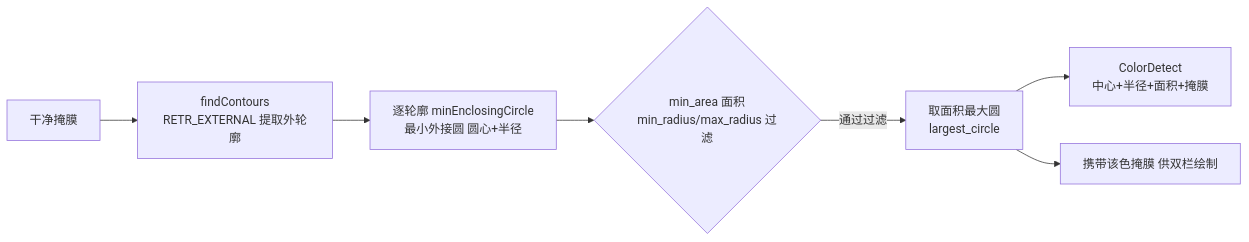
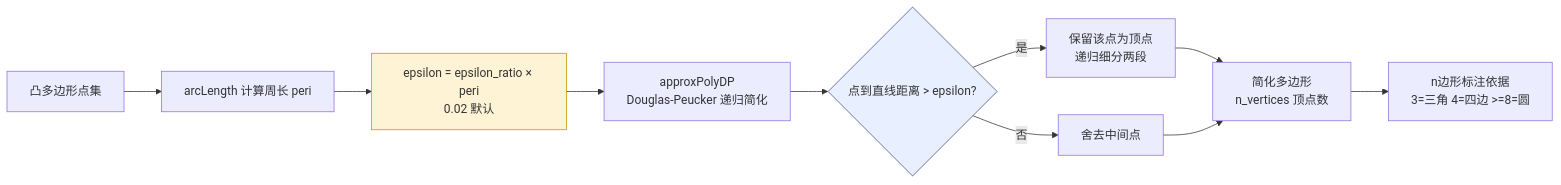
The fifth of 6 diagrams in courses/sheet1/robot_vision/_parts/experiment-3.md (aibittek/course_generate_agent), drawn with Mermaid before and after one commit. The commit also changed other lines of this file and 98 other files, not shown here.

````diff
--- a/courses/sheet1/robot_vision/_parts/experiment-3.md
+++ b/courses/sheet1/robot_vision/_parts/experiment-3.md
@@ -358,9 +368,15 @@
 ```mermaid
 flowchart LR
-    A[干净掩膜] --> B[findContours<br/>RETR_EXTERNAL 提取外轮廓]
-    B --> C[逐轮廓 minEnclosingCircle<br/>最小外接圆 圆心+半径]
-    C --> D{min_area 面积<br/>min_radius/max_radius 过滤}
-    D -->|通过过滤| E[取面积最大圆<br/>largest_circle]
-    E --> F[ColorDetect<br/>中心+半径+面积+掩膜]
-    E --> G[携带该色掩膜 供双栏绘制]
+    A[凸多边形点集] --> B["arcLength 计算周长 peri"]
+    B --> C["epsilon = epsilon_ratio × peri<br/>0.02 默认"]
+    C --> D["approxPolyDP<br/>Douglas-Peucker 递归简化"]
+    D --> E{"点到直线距离 > epsilon?"}
+    E -->|是| F[保留该点为顶点<br/>递归细分两段]
+    E -->|否| G[舍去中间点]
+    F --> H[简化多边形<br/>n_vertices 顶点数]
+    G --> H
+    H --> I["n边形标注依据<br/>3=三角 4=四边 >=8=圆"]
+
+    style C fill:#fff3d6,stroke:#b90,stroke-width:1px
+    style E fill:#e8f0ff,stroke:#448,stroke-width:1px
 ```
````
